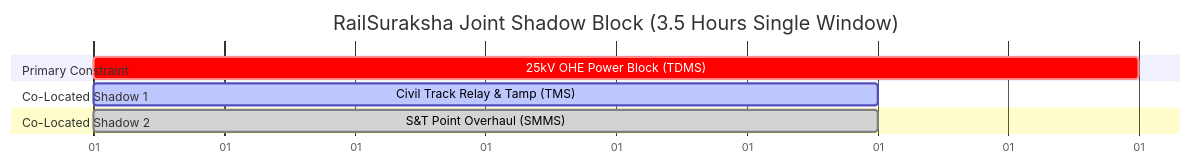
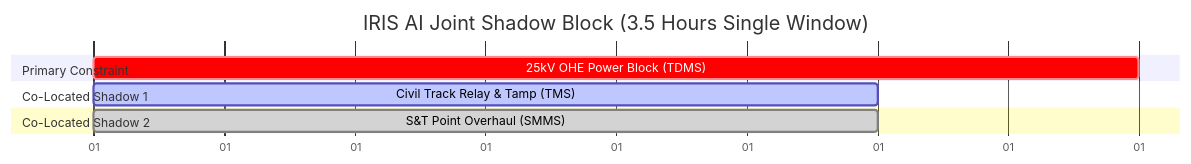
The second of 4 diagrams in docs/MASTER_RESEARCH_AND_SYSTEM_WRITEUP.md (ritam413/RailSuraksha-AI-), drawn with Mermaid before and after one commit. The commit also changed other lines of this file and 368 other files, not shown here.

````diff
--- a/docs/MASTER_RESEARCH_AND_SYSTEM_WRITEUP.md
+++ b/docs/MASTER_RESEARCH_AND_SYSTEM_WRITEUP.md
@@ -57,12 +57,12 @@
 ```mermaid
 gantt
-    title RailSuraksha Joint Shadow Block (3.5 Hours Single Window)
+    title IRIS AI Joint Shadow Block (3.5 Hours Single Window)
     dateFormat X
     axisFormat %d
     section Primary Constraint
     25kV OHE Power Block (TDMS) :crit, 0, 4
     section Co-Located Shadow 1
     Civil Track Relay & Tamp (TMS) :active, 0, 3
     section Co-Located Shadow 2
     S&T Point Overhaul (SMMS) :done, 1, 3
 ```
````
